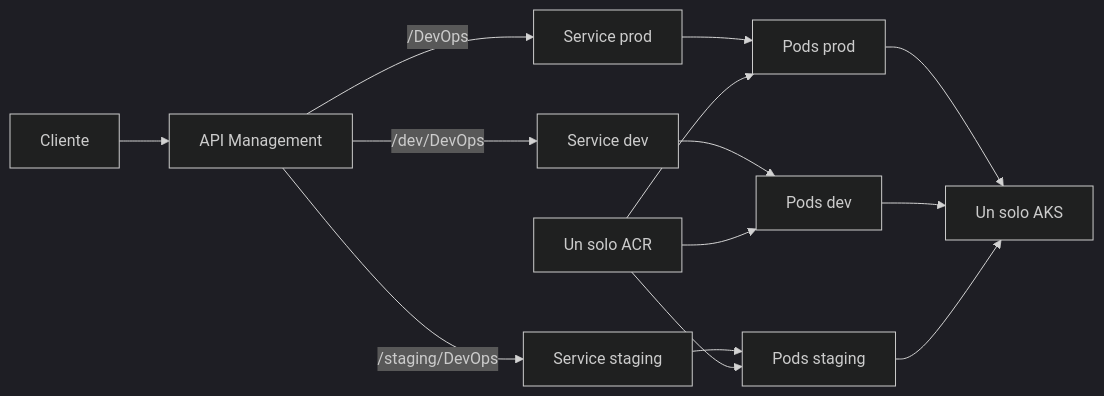
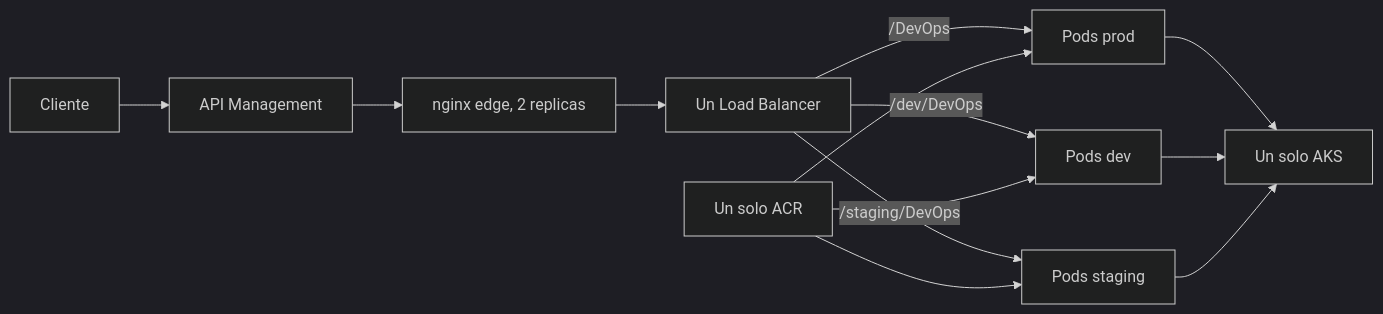
Before and after one commit to Freperush/devops-challenge: the third of 3 diagrams in README.md, drawn with Mermaid (dark theme). The commit also changed other lines of this file and 12 other files, not shown here.

````diff
--- a/README.md
+++ b/README.md
@@ -140,16 +140,15 @@
 ```mermaid
 flowchart LR
   client["Cliente"] --> apim["API Management"]
-  apim -->|"/DevOps"| prodLb["Service prod"]
-  apim -->|"/dev/DevOps"| devLb["Service dev"]
-  apim -->|"/staging/DevOps"| stgLb["Service staging"]
-  prodLb --> prodPods["Pods prod"]
-  devLb --> devPods["Pods dev"]
-  stgLb --> stgPods["Pods staging"]
+  apim --> edge["nginx edge, 2 replicas"]
+  edge --> lb["Un Load Balancer"]
+  lb -->|"/DevOps"| prodPods["Pods prod"]
+  lb -->|"/dev/DevOps"| devPods["Pods dev"]
+  lb -->|"/staging/DevOps"| stgPods["Pods staging"]
   prodPods --> aks["Un solo AKS"]
   devPods --> aks
   stgPods --> aks
   acr["Un solo ACR"] --> prodPods
   acr --> devPods
   acr --> stgPods
 ```
````
